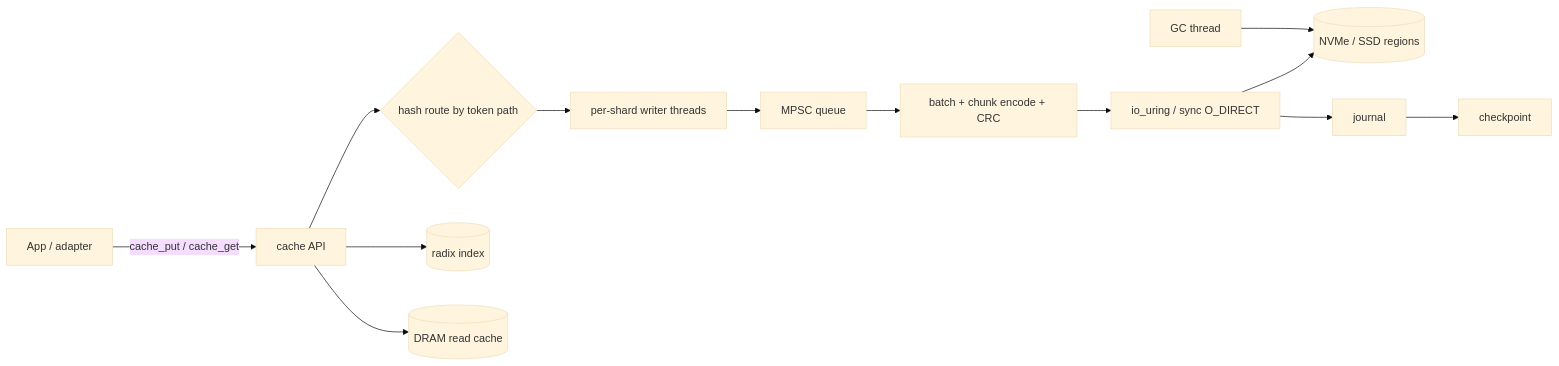
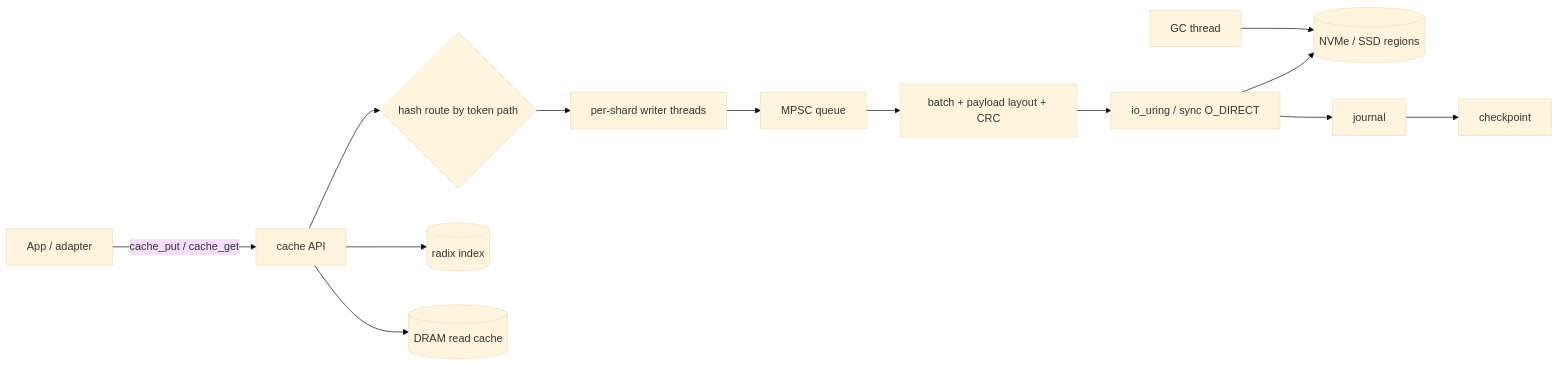
One commit to nuclearball/kvtier changed the diagram in README.md. Above: the diagram before and after it, drawn with Mermaid (base theme). The commit also changed other lines of this file and 9 other files, not shown here.

````diff
--- a/README.md
+++ b/README.md
@@ -94,14 +95,14 @@
 ```mermaid
 flowchart LR
     APP[App / adapter] -->|cache_put / cache_get| API[cache API]
     API --> ROUTE{hash route by token path}
     ROUTE --> W[per-shard writer threads]
     W --> Q[MPSC queue]
-    Q --> BATCH[batch + chunk encode + CRC]
+    Q --> BATCH[batch + payload layout + CRC]
     BATCH --> IO[io_uring / sync O_DIRECT]
     IO --> SSD[(NVMe / SSD regions)]
     IO --> J[journal] --> CKPT[checkpoint]
     API --> RADIX[(radix index)]
     GC[GC thread] --> SSD
     API --> DRAM[(DRAM read cache)]
 ```
````
